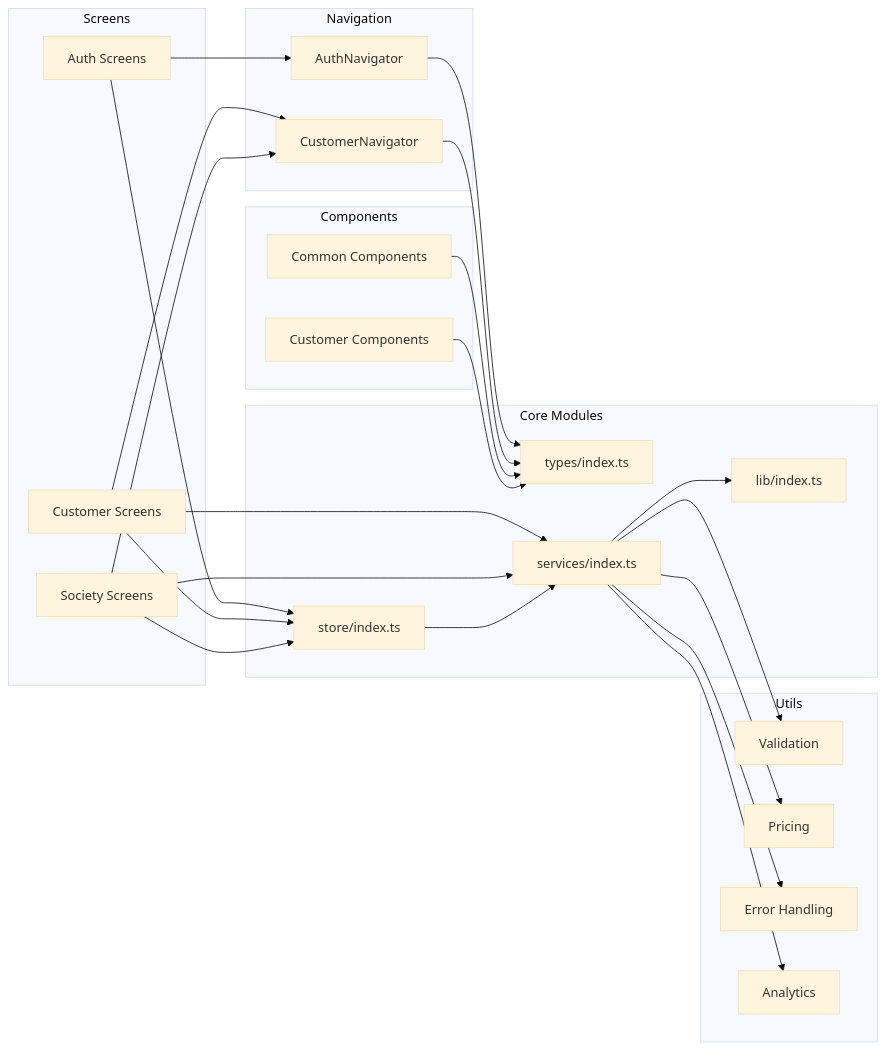
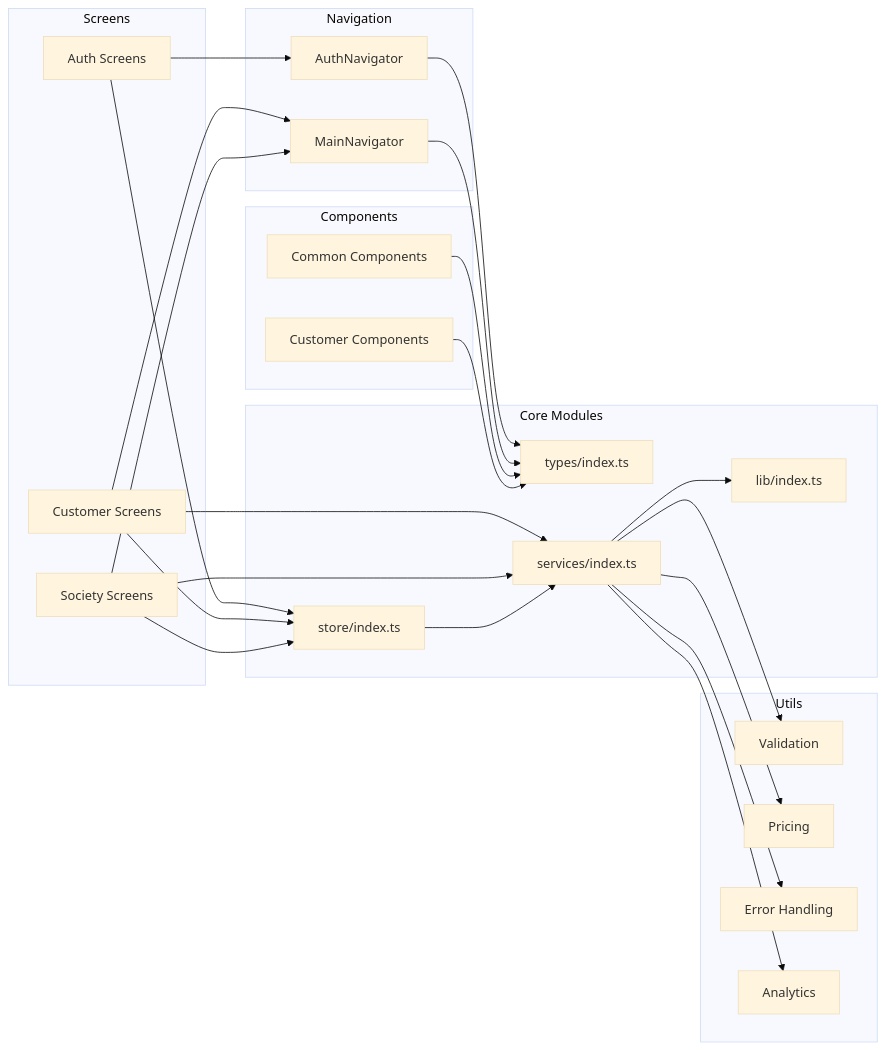
One commit to ShubhamRRana/water-customer-app changed the fifth of 5 diagrams in README.md. Above: the diagram before and after it, drawn with Mermaid (base theme). The commit also changed other lines of this file and 24 other files, not shown here.

````diff
--- a/README.md
+++ b/README.md
@@ -397,56 +397,56 @@
 ```mermaid
 graph LR
     subgraph "Core Modules"
         A[types/index.ts]
         B[lib/index.ts]
         C[store/index.ts]
         D[services/index.ts]
     end
     
     subgraph "Navigation"
         E[AuthNavigator]
-        F[CustomerNavigator]
+        F[MainNavigator]
     end
     
     subgraph "Screens"
         I[Auth Screens]
         J[Customer Screens]
         K[Society Screens]
     end
     
     subgraph "Components"
         M[Common Components]
         N[Customer Components]
     end
     
     subgraph "Utils"
         Q[Validation]
         R[Pricing]
         S[Error Handling]
         T[Analytics]
     end
     
     I --> E
     J --> F
     K --> F
     
     E --> A
     F --> A
     
     I --> C
     J --> C
     K --> C
     
     J --> D
     K --> D
     
     M --> A
     N --> A
     
     D --> B
     C --> D
     D --> Q
     D --> R
     D --> S
     D --> T
 ```
````
